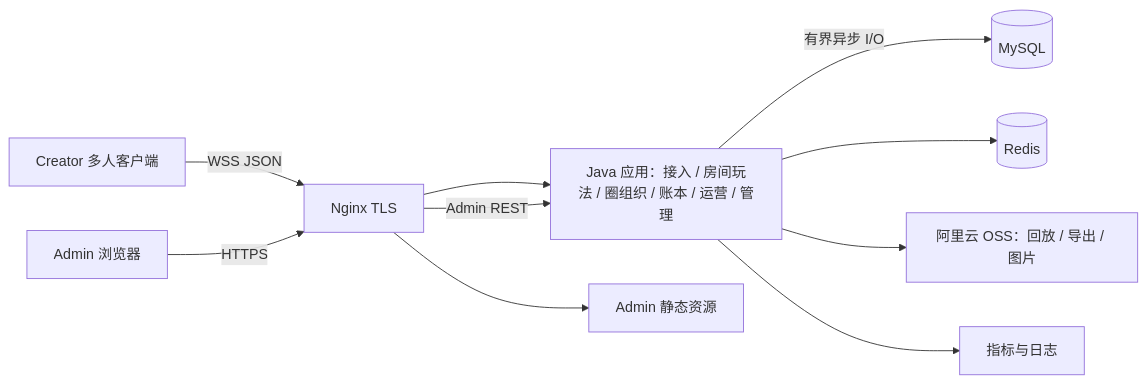
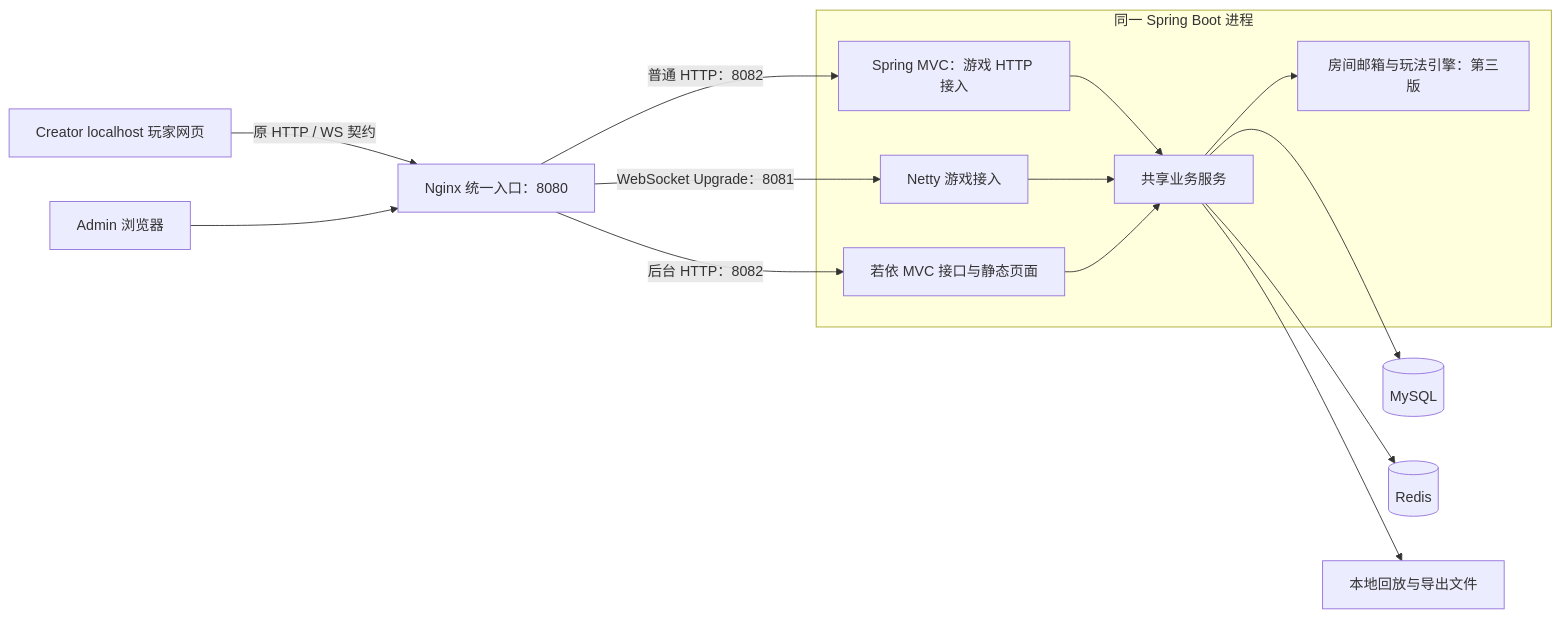
The diagram in Java高性能棋牌游戏服务器方案.md (HelloDS/LiangShanSever), drawn with Mermaid before and after one commit. The commit also changed other lines of this file and 1 other file, not shown here.

````diff
--- a/Java高性能棋牌游戏服务器方案.md
+++ b/Java高性能棋牌游戏服务器方案.md
@@ -63,12 +76,17 @@
 ```mermaid
 flowchart LR
-  C[Creator 多人客户端] -->|WSS JSON| N[Nginx TLS]
-  N --> A[Java 应用：接入 / 房间玩法 / 圈组织 / 账本 / 运营 / 管理]
-  A -->|有界异步 I/O| M[(MySQL)]
-  A --> R[(Redis)]
-  B[Admin 浏览器] -->|HTTPS| N
-  N --> S[Admin 静态资源]
-  N -->|Admin REST| A
-  A --> O[阿里云 OSS：回放 / 导出 / 图片]
-  A --> P[指标与日志]
+  C[Creator localhost 玩家网页] -->|原 HTTP / WS 契约| P[Nginx 统一入口：8080]
+  B[Admin 浏览器] --> P
+  P -->|普通 HTTP：8082| H[Spring MVC：游戏 HTTP 接入]
+  P -->|WebSocket Upgrade：8081| W[Netty 游戏接入]
+  P -->|后台 HTTP：8082| A[若依 MVC 接口与静态页面]
+  subgraph JVM[同一 Spring Boot 进程]
+    H --> S[共享业务服务]
+    W --> S
+    A --> S
+    S --> G[房间邮箱与玩法引擎：第三版]
+  end
+  S --> M[(MySQL)]
+  S --> R[(Redis)]
+  S --> F[本地回放与导出文件]
 ```
````
